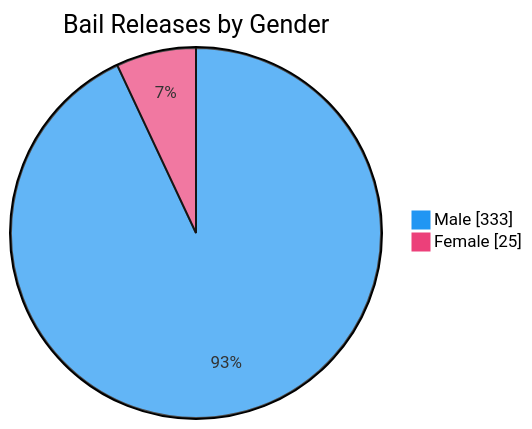
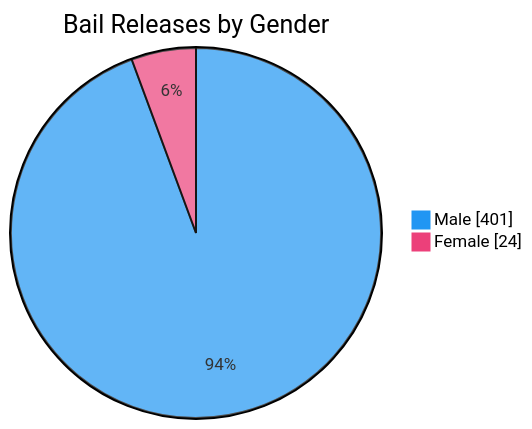
The seventh of 7 diagrams in README.md (nuuuwan/lk_prisons), drawn with Mermaid before and after one commit. The commit also changed other lines of this file and 1 other file, not shown here.

````diff
--- a/README.md
+++ b/README.md
@@ -109,6 +109,6 @@
 ```mermaid
 %%{init: {'themeVariables': {'pie1': '#2196F3', 'pie2': '#EC407A'}}}%%
 pie showData title Bail Releases by Gender
-    "Male" : 333
-    "Female" : 25
+    "Male" : 401
+    "Female" : 24
 ```
````
